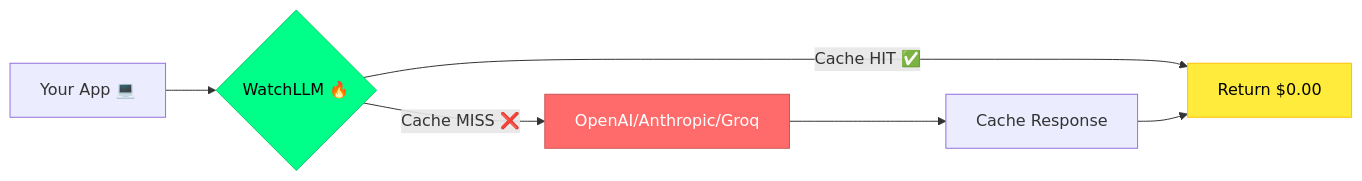
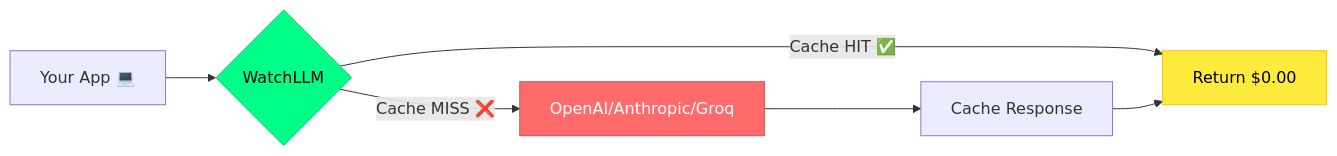
One commit to kaadipranav/kaadipranav changed the first of 2 diagrams in README.md. Above: the diagram before and after it, drawn with Mermaid. The commit also changed other lines of this file, not shown here.

````diff
--- a/README.md
+++ b/README.md
@@ -27,11 +27,11 @@
 ```mermaid
 graph LR
-    A[Your App 💻] --> B{WatchLLM 🔥}
+    A[Your App 💻] --> B{WatchLLM}
     B -->|Cache HIT ✅| C[Return $0.00]
     B -->|Cache MISS ❌| D[OpenAI/Anthropic/Groq]
     D --> E[Cache Response]
     E --> C
     style B fill:#00ff88,stroke:#00cc66,color:#000
     style C fill:#ffeb3b,stroke:#ffc107,color:#000
     style D fill:#ff6b6b,stroke:#cc5555,color:#fff
 ```
````
